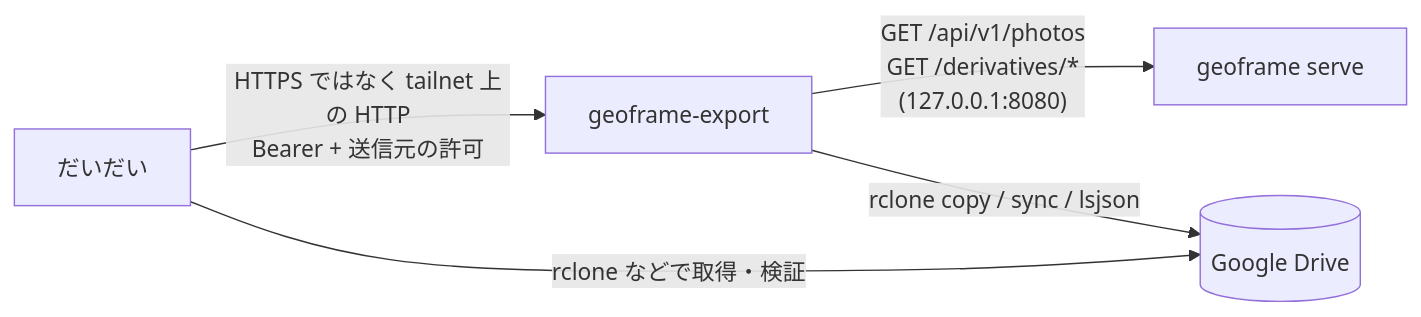
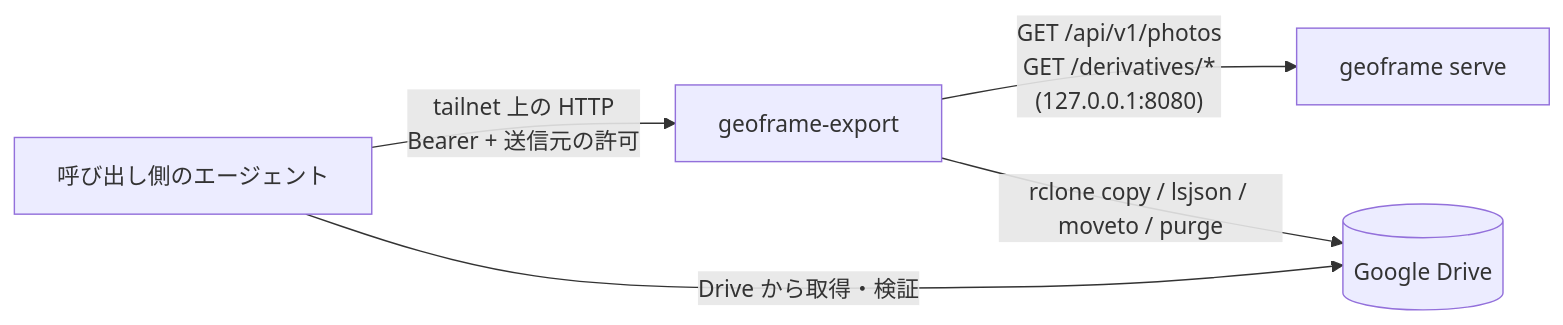
Before and after one commit to ysogabe/geoframe: the diagram in docs/note-photo-export/design.md, drawn with Mermaid. The commit also changed other lines of this file and 2 other files, not shown here.

Commit message:
docs(note-photo-export): レビューを反映する（Drive の公開手順、部分失敗、排他、入力の検査、資格情報の範囲、公開リポジトリ向けに実データを除く）

````diff
--- a/docs/note-photo-export/design.md
+++ b/docs/note-photo-export/design.md
@@ -140,7 +160,7 @@
 ```mermaid
 flowchart LR
-  D[だいだい] -- "HTTPS ではなく tailnet 上の HTTP\nBearer + 送信元の許可" --> E[geoframe-export]
+  D[呼び出し側のエージェント] -- "tailnet 上の HTTP\nBearer + 送信元の許可" --> E[geoframe-export]
   E -- "GET /api/v1/photos\nGET /derivatives/*\n(127.0.0.1:8080)" --> G[geoframe serve]
-  E -- "rclone copy / sync / lsjson" --> R[(Google Drive)]
-  D -- "rclone などで取得・検証" --> R
+  E -- "rclone copy / lsjson / moveto / purge" --> R[(Google Drive)]
+  D -- "Drive から取得・検証" --> R
 ```
````
